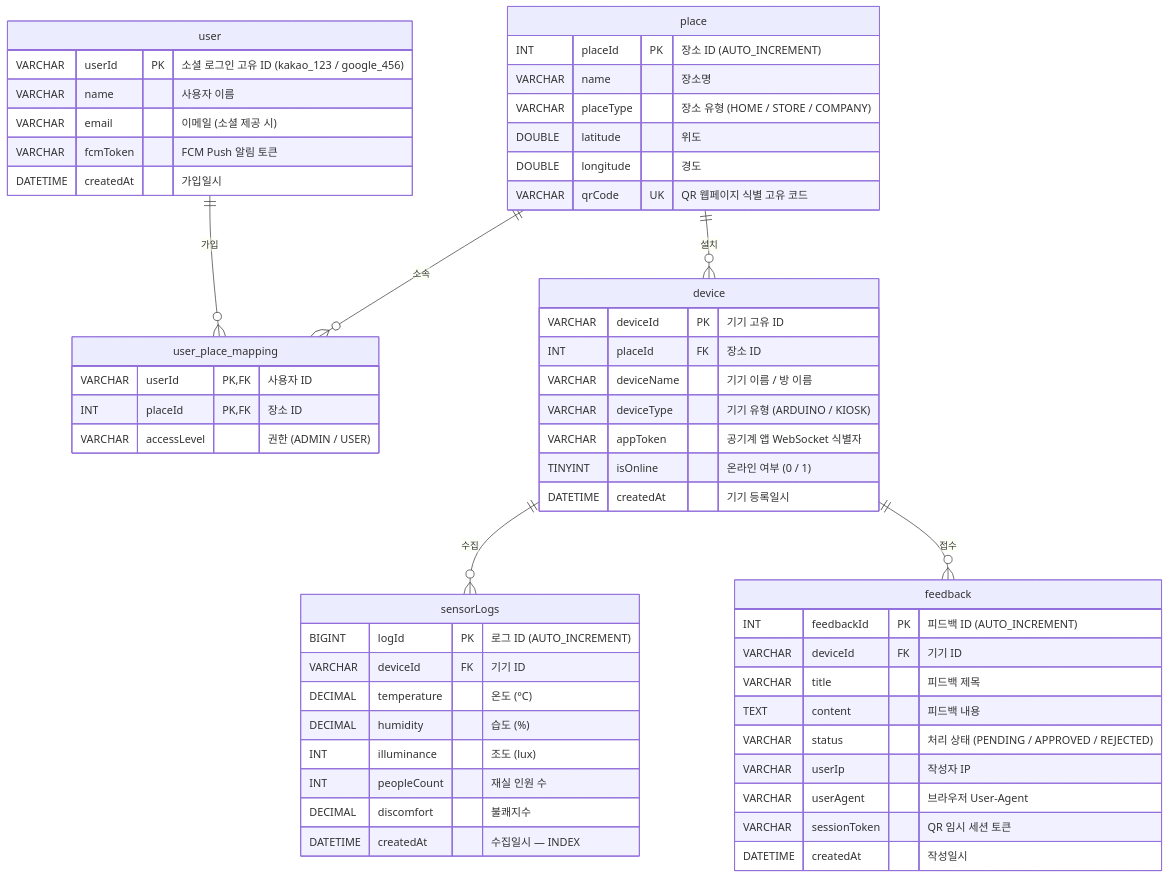
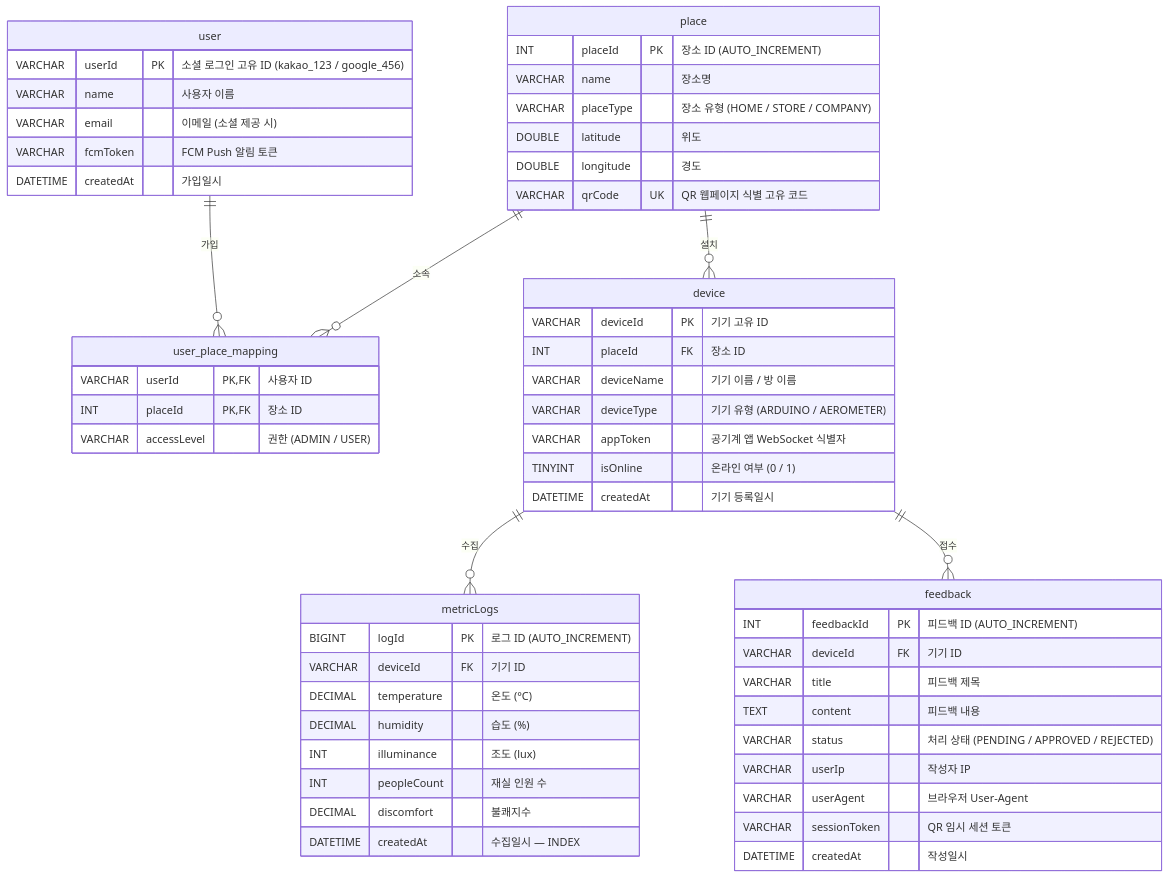
Before and after one commit to seongh06/reborn: the diagram in .claude/docs/reborn_erd.md, drawn with Mermaid. The commit also changed other lines of this file and 106 other files, not shown here.

````diff
--- a/.claude/docs/reborn_erd.md
+++ b/.claude/docs/reborn_erd.md
@@ -3,64 +3,64 @@
 ```mermaid
 erDiagram
     user {
         VARCHAR userId PK "소셜 로그인 고유 ID (kakao_123 / google_456)"
         VARCHAR name "사용자 이름"
         VARCHAR email "이메일 (소셜 제공 시)"
         VARCHAR fcmToken "FCM Push 알림 토큰"
         DATETIME createdAt "가입일시"
     }
 
     place {
         INT placeId PK "장소 ID (AUTO_INCREMENT)"
         VARCHAR name "장소명"
         VARCHAR placeType "장소 유형 (HOME / STORE / COMPANY)"
         DOUBLE latitude "위도"
         DOUBLE longitude "경도"
         VARCHAR qrCode UK "QR 웹페이지 식별 고유 코드"
     }
 
     user_place_mapping {
         VARCHAR userId PK,FK "사용자 ID"
         INT placeId PK,FK "장소 ID"
         VARCHAR accessLevel "권한 (ADMIN / USER)"
     }
 
     device {
         VARCHAR deviceId PK "기기 고유 ID"
         INT placeId FK "장소 ID"
         VARCHAR deviceName "기기 이름 / 방 이름"
-        VARCHAR deviceType "기기 유형 (ARDUINO / KIOSK)"
+        VARCHAR deviceType "기기 유형 (ARDUINO / AEROMETER)"
         VARCHAR appToken "공기계 앱 WebSocket 식별자"
         TINYINT isOnline "온라인 여부 (0 / 1)"
         DATETIME createdAt "기기 등록일시"
     }
 
-    sensorLogs {
+    metricLogs {
         BIGINT logId PK "로그 ID (AUTO_INCREMENT)"
         VARCHAR deviceId FK "기기 ID"
         DECIMAL temperature "온도 (°C)"
         DECIMAL humidity "습도 (%)"
         INT illuminance "조도 (lux)"
         INT peopleCount "재실 인원 수"
         DECIMAL discomfort "불쾌지수"
         DATETIME createdAt "수집일시 — INDEX"
     }
 
     feedback {
         INT feedbackId PK "피드백 ID (AUTO_INCREMENT)"
         VARCHAR deviceId FK "기기 ID"
         VARCHAR title "피드백 제목"
         TEXT content "피드백 내용"
         VARCHAR status "처리 상태 (PENDING / APPROVED / REJECTED)"
         VARCHAR userIp "작성자 IP"
         VARCHAR userAgent "브라우저 User-Agent"
         VARCHAR sessionToken "QR 임시 세션 토큰"
         DATETIME createdAt "작성일시"
     }
 
     user            ||--o{ user_place_mapping : "가입"
     place           ||--o{ user_place_mapping : "소속"
     place           ||--o{ device             : "설치"
-    device          ||--o{ sensorLogs         : "수집"
+    device          ||--o{ metricLogs         : "수집"
     device          ||--o{ feedback           : "접수"
 ```
````
